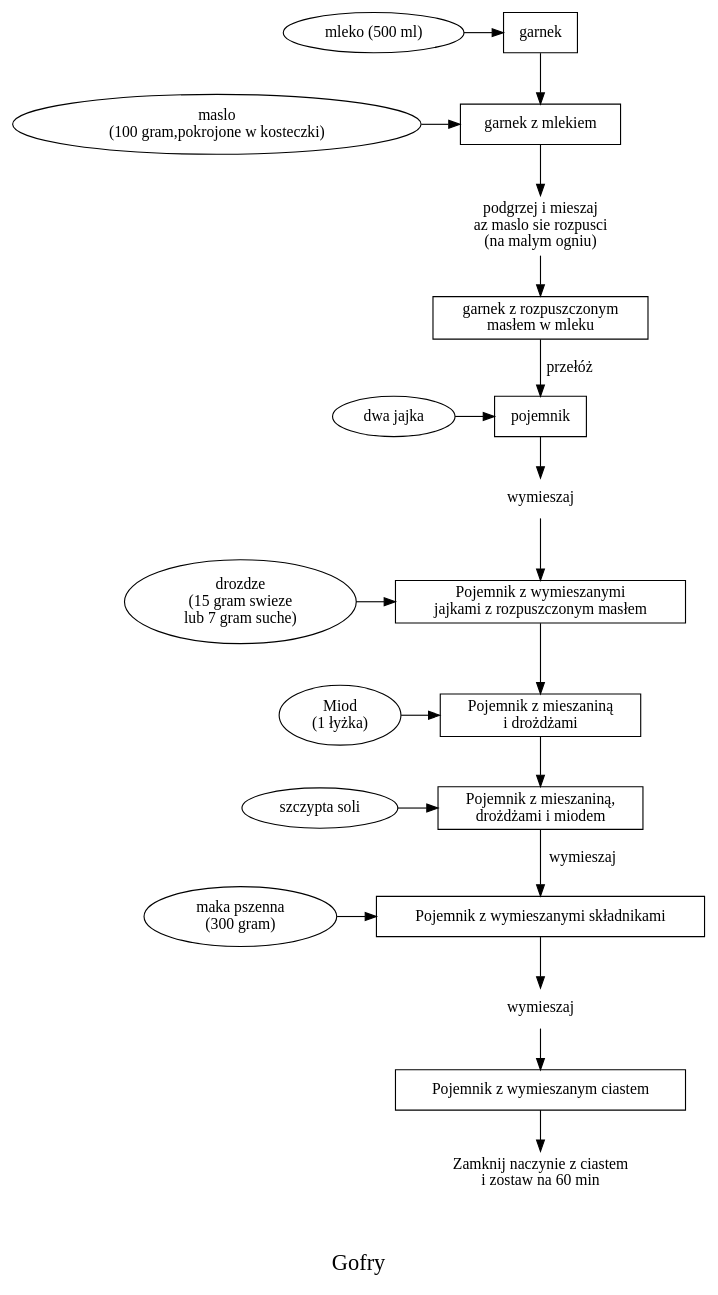
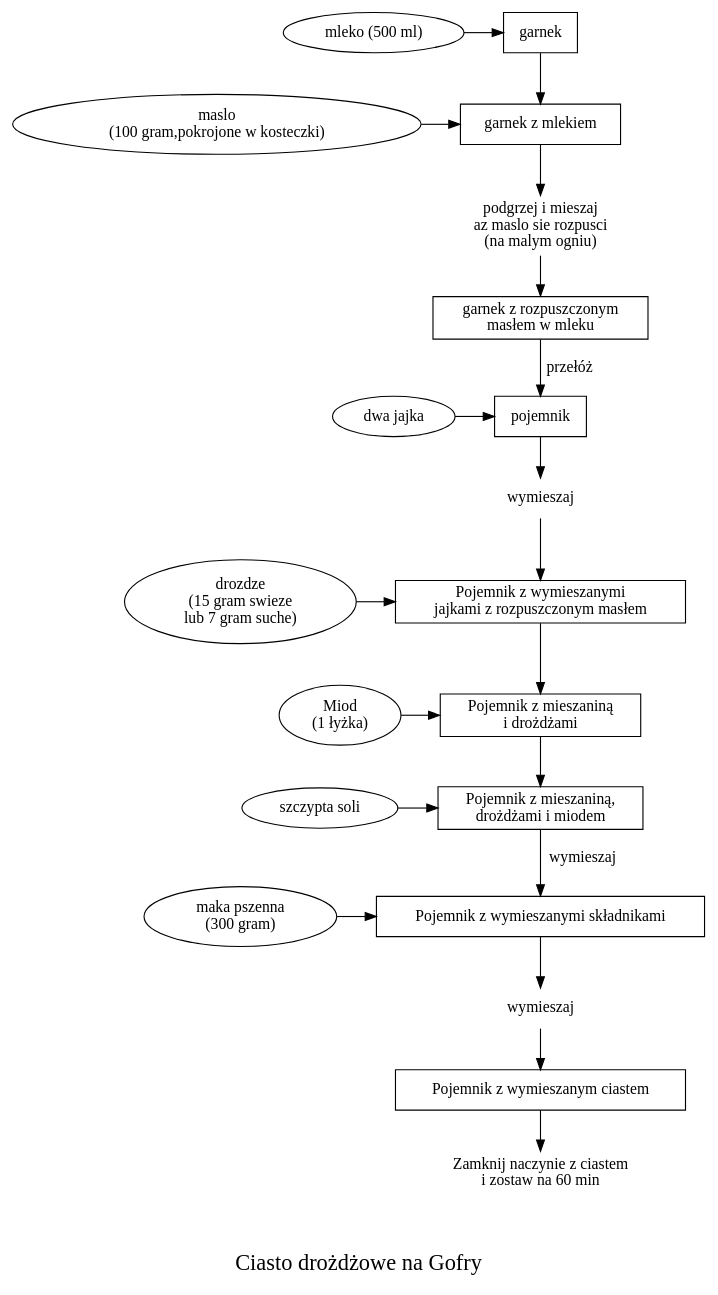
One commit to yetanotherdeveloper/cooking-reciepes-as-graphs changed the diagram in waffles/ciasto_drozdzowe_na_gofry.dot. Above: the diagram before and after it, drawn with Graphviz.

Commit message:
cosmetics

```diff
--- a/waffles/ciasto_drozdzowe_na_gofry.dot
+++ b/waffles/ciasto_drozdzowe_na_gofry.dot
@@ -1,45 +1,45 @@
 
 digraph G {
   fontsize=20
-  label="\n\nGofry"
+  label="\n\nCiasto drożdżowe na Gofry"
   URL="https://www.kwestiasmaku.com/przepis/gofry"
   {rank=same mleko,garnek}
   {rank=same maslo,garnek2}
   {rank=same jajka,pojemnik}
   {rank=same drozdze,pojemnik2}
   {rank=same miod,pojemnik3}
   {rank=same sol,pojemnik4}
   {rank=same maka,pojemnik5}
   maka[label="maka pszenna \n(300 gram)"]
   maslo[label="maslo\n(100 gram,pokrojone w kosteczki)"]
   mleko[label="mleko (500 ml)"]
   jajka[label="dwa jajka"]
   sol[label="szczypta soli"]
   miod[label="Miod\n(1 łyżka)"]
   drozdze[label="drozdze\n(15 gram swieze\nlub 7 gram suche)"]
 
   mieszaj[label="podgrzej i mieszaj\n az maslo sie rozpusci\n(na malym ogniu)",shape=none]
   mieszaj2[label="wymieszaj",shape=none]
   mieszaj3[label="wymieszaj",shape=none]
   zamknij[label="Zamknij naczynie z ciastem\ni zostaw na 60 min",shape=none]
   mieszaj2[label="wymieszaj",shape=none]
   garnek[shape=rectangle,label="garnek"]
   garnek2[shape=rectangle,label="garnek z mlekiem"]
   garnek3[shape=rectangle,label="garnek z rozpuszczonym\n masłem w mleku"]
   pojemnik[shape=rectangle,label="pojemnik"]
   pojemnik2[shape=rectangle,label="Pojemnik z wymieszanymi\n jajkami z rozpuszczonym masłem"]
   pojemnik3[shape=rectangle,label="Pojemnik z mieszaniną\n i drożdżami"]
   pojemnik4[shape=rectangle,label="Pojemnik z mieszaniną,\n drożdżami i miodem"]
   pojemnik5[shape=rectangle,label="Pojemnik z wymieszanymi składnikami"]
   pojemnik6[shape=rectangle,label="Pojemnik z wymieszanym ciastem"]
   mleko->garnek
   garnek->garnek2
   maslo->garnek2->mieszaj->garnek3
   garnek3->pojemnik[label=przełóż]
   jajka->pojemnik->mieszaj2->pojemnik2
   drozdze->pojemnik2->pojemnik3
   miod->pojemnik3->pojemnik4 
   sol->pojemnik4
   pojemnik4->pojemnik5[label="wymieszaj"]
   maka->pojemnik5->mieszaj3->pojemnik6->zamknij
 }
```
